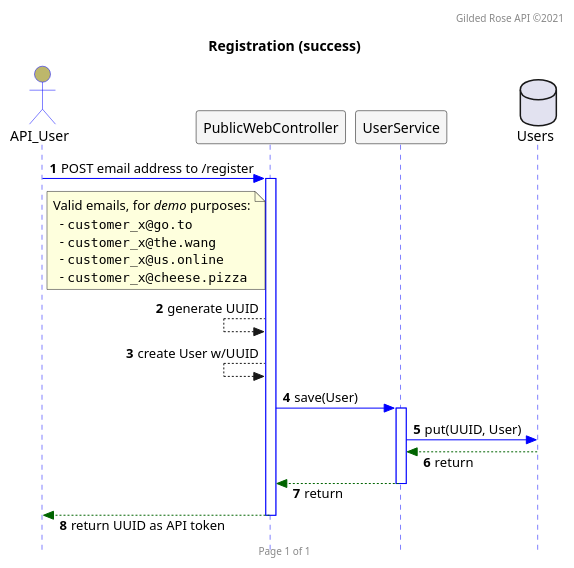
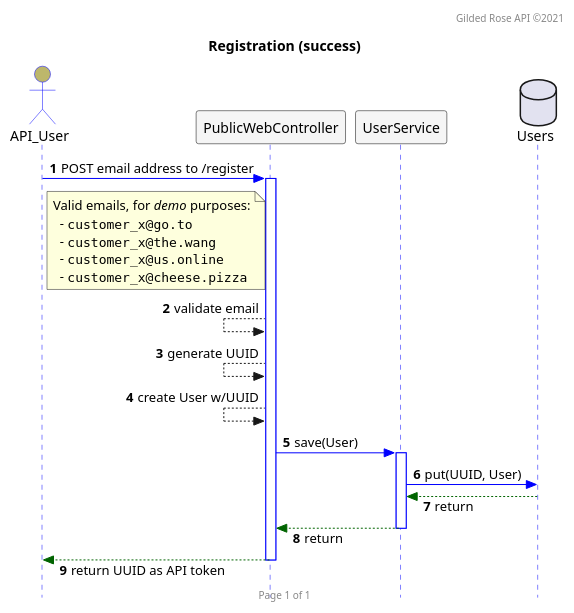
One commit to bladewheels/GildedRoseAPI changed the diagram in src/main/resources/seq.register.puml. Above: the diagram before and after it, drawn with PlantUML.

```diff
--- a/src/main/resources/seq.register.puml
+++ b/src/main/resources/seq.register.puml
@@ -1,47 +1,48 @@
 @startuml
 
 autonumber
 header Gilded Rose API ©2021
 footer Page 1 of 1
 hide footbox
 
 skinparam responseMessageBelowArrow true
 skinparam sequence {
   ActorBackgroundColor DarkKhaki
   ActorBorderColor Blue
   DatabaseBackgroundColor Gray
   DatabaseBorderColor Black
   LifeLineBorderColor Blue
   ParticipantBackgroundColor WhiteSmoke
   ParticipantBorderColor Black
 }
 skinparam style strictuml
 
 title Registration (success)
 
 actor API_User
 participant PublicWebController
 participant UserService
 database Users
 
 API_User -[#0000FF]> PublicWebController : POST email address to /register
 note right of API_User
  Valid emails, for //demo// purposes:
    - ""customer_x@go.to""
    - ""customer_x@the.wang""
    - ""customer_x@us.online""
    - ""customer_x@cheese.pizza""
 end note
 activate PublicWebController
+PublicWebController <-- PublicWebController : validate email
 PublicWebController <-- PublicWebController : generate UUID
 PublicWebController <-- PublicWebController : create User w/UUID
 PublicWebController -[#0000FF]> UserService : save(User)
 activate UserService
 UserService -[#0000FF]> Users : put(UUID, User)
 UserService <[#DarkGreen]-- Users : return
 PublicWebController <[#DarkGreen]-- UserService : return
 deactivate UserService
 API_User <[#DarkGreen]-- PublicWebController : return UUID as API token
 deactivate PublicWebController
 
 @enduml
```
